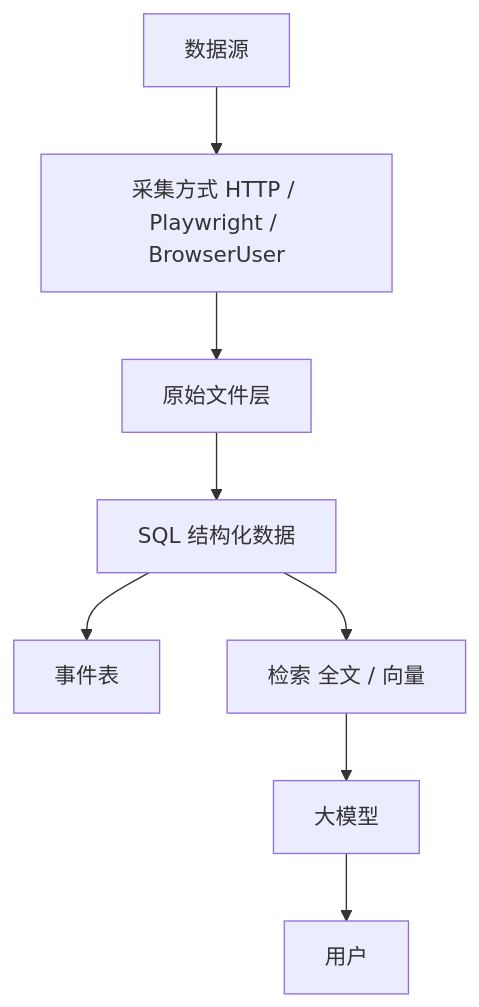
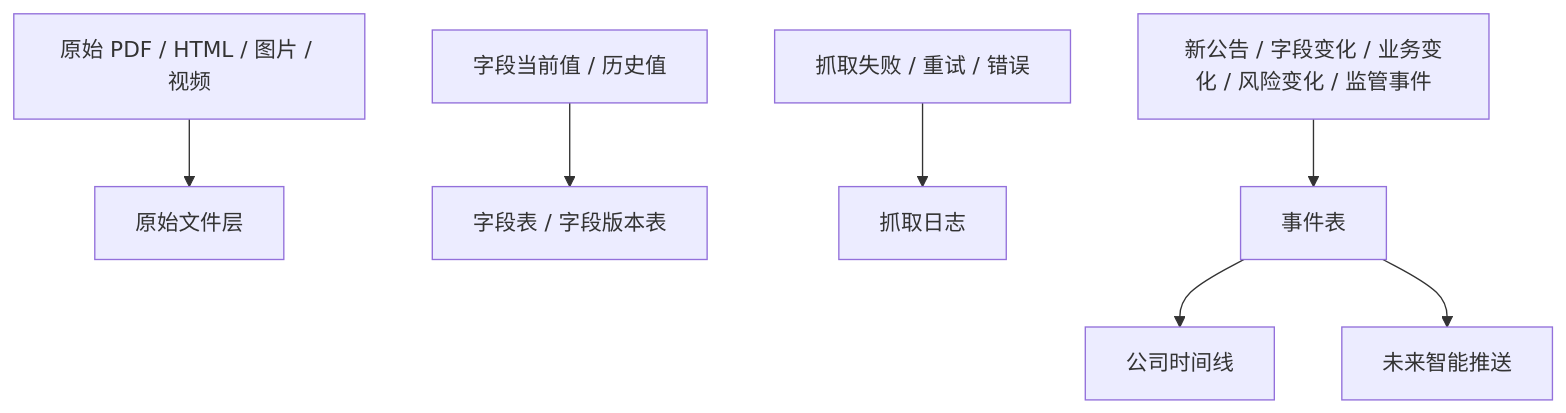
Before and after one commit to reagan-nz/listed-company-data-platform: the second of 3 diagrams in plans/dynamic_data_platform_plan.md, drawn with Mermaid. The commit also changed other lines of this file and 3 other files, not shown here.

First line of the commit message:
docs: add diagrams for dynamic platform planning

````diff
--- a/plans/dynamic_data_platform_plan.md
+++ b/plans/dynamic_data_platform_plan.md
@@ -206,10 +131,9 @@
 ```mermaid
 flowchart TD
-    S[数据源] --> M[采集方式 HTTP / Playwright / BrowserUser]
-    M --> R[原始文件层]
-    R --> Q[SQL 结构化数据]
-    Q --> EV[事件表]
-    Q --> IDX[检索 全文 / 向量]
-    IDX --> LLM[大模型]
-    LLM --> U[用户]
+    A[原始 PDF / HTML / 图片 / 视频] --> B[原始文件层]
+    C[字段当前值 / 历史值] --> D[字段表 / 字段版本表]
+    E[抓取失败 / 重试 / 错误] --> F[抓取日志]
+    G[新公告 / 字段变化 / 业务变化 / 风险变化 / 监管事件] --> H[事件表]
+    H --> I[公司时间线]
+    H --> J[未来智能推送]
 ```
````
